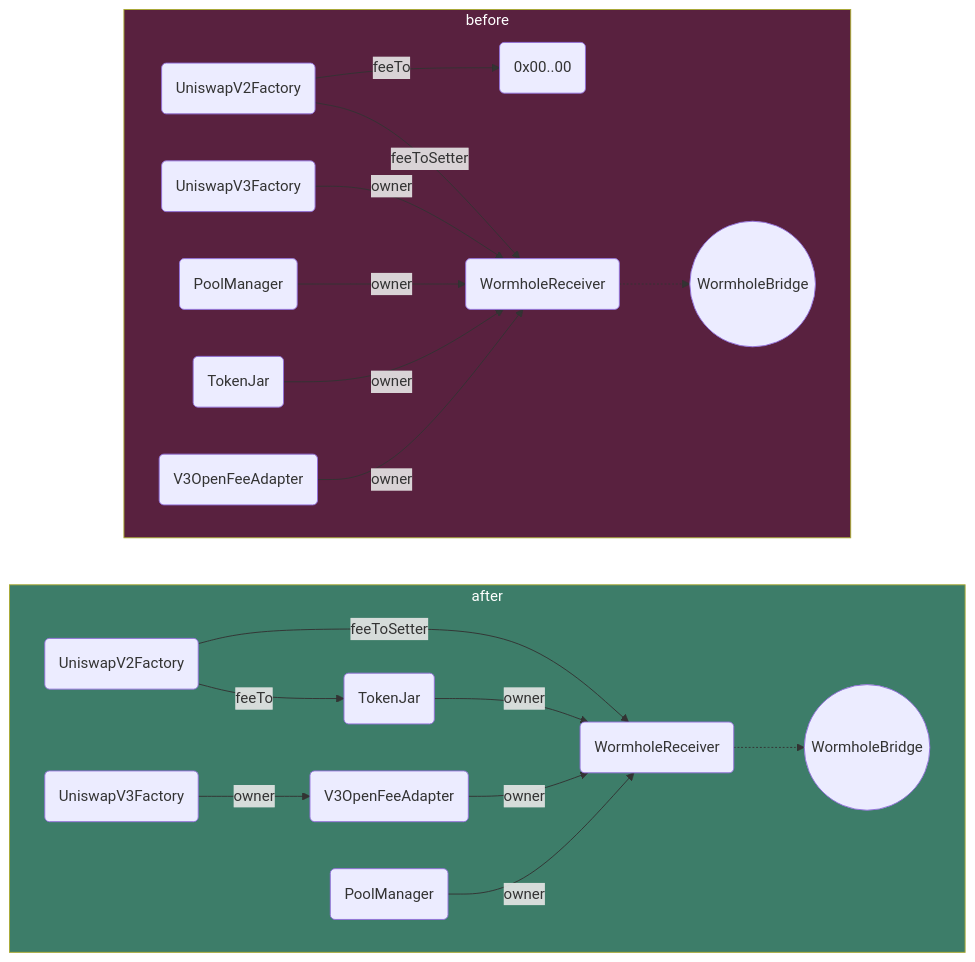
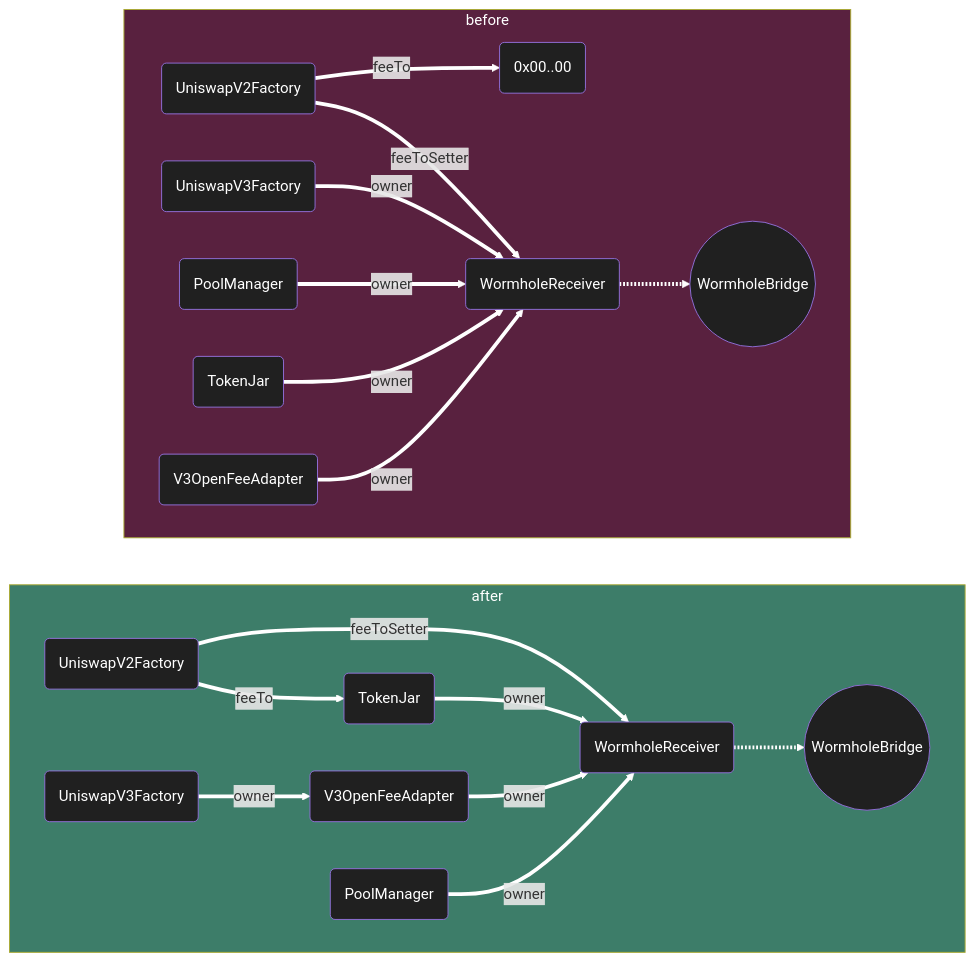
The seventh of 7 diagrams in script/proposal-4/Index.md (Uniswap/protocol-fees), drawn with Mermaid before and after one commit. The commit also changed other lines of this file, not shown here.

````diff
--- a/script/proposal-4/Index.md
+++ b/script/proposal-4/Index.md
@@ -655,52 +670,54 @@
 ```mermaid
 flowchart LR
     subgraph after
         direction LR
 
         A_UniswapV2Factory(UniswapV2Factory)
         A_UniswapV3Factory(UniswapV3Factory)
         A_PoolManager(PoolManager)
         A_TokenJar(TokenJar)
         A_V3OpenFeeAdapter(V3OpenFeeAdapter)
         A_WormholeReceiver(WormholeReceiver)
         A_WormholeBridge((WormholeBridge))
 
         A_UniswapV2Factory -->|feeTo| A_TokenJar
         A_UniswapV2Factory -->|feeToSetter| A_WormholeReceiver
         A_UniswapV3Factory -->|owner| A_V3OpenFeeAdapter
         A_TokenJar -->|owner| A_WormholeReceiver
         A_V3OpenFeeAdapter -->|owner| A_WormholeReceiver
         A_PoolManager -->|owner| A_WormholeReceiver
 
         A_WormholeReceiver -.-> A_WormholeBridge
 
     end
 
     subgraph before
         direction LR
 
         B_UniswapV2Factory(UniswapV2Factory)
         B_UniswapV3Factory(UniswapV3Factory)
         B_PoolManager(PoolManager)
         B_TokenJar(TokenJar)
         B_V3OpenFeeAdapter(V3OpenFeeAdapter)
         B_WormholeReceiver(WormholeReceiver)
         B_WormholeBridge((WormholeBridge))
         B_Z(0x00..00)
 
         B_UniswapV2Factory -->|feeTo| B_Z
         B_UniswapV2Factory -->|feeToSetter| B_WormholeReceiver
         B_UniswapV3Factory -->|owner| B_WormholeReceiver
         B_PoolManager -->|owner| B_WormholeReceiver
         B_TokenJar -->|owner| B_WormholeReceiver
         B_V3OpenFeeAdapter -->|owner| B_WormholeReceiver
 
         B_WormholeReceiver -.-> B_WormholeBridge
     end
 
     before:::before
     after:::after
 
+    linkStyle default stroke:#fff,stroke-width:4px
+    classDef default fill:#202020,color:#fff
     classDef before fill:#59213f,color:#fff
     classDef after fill:#3d7d69,color:#fff
 ```
````
